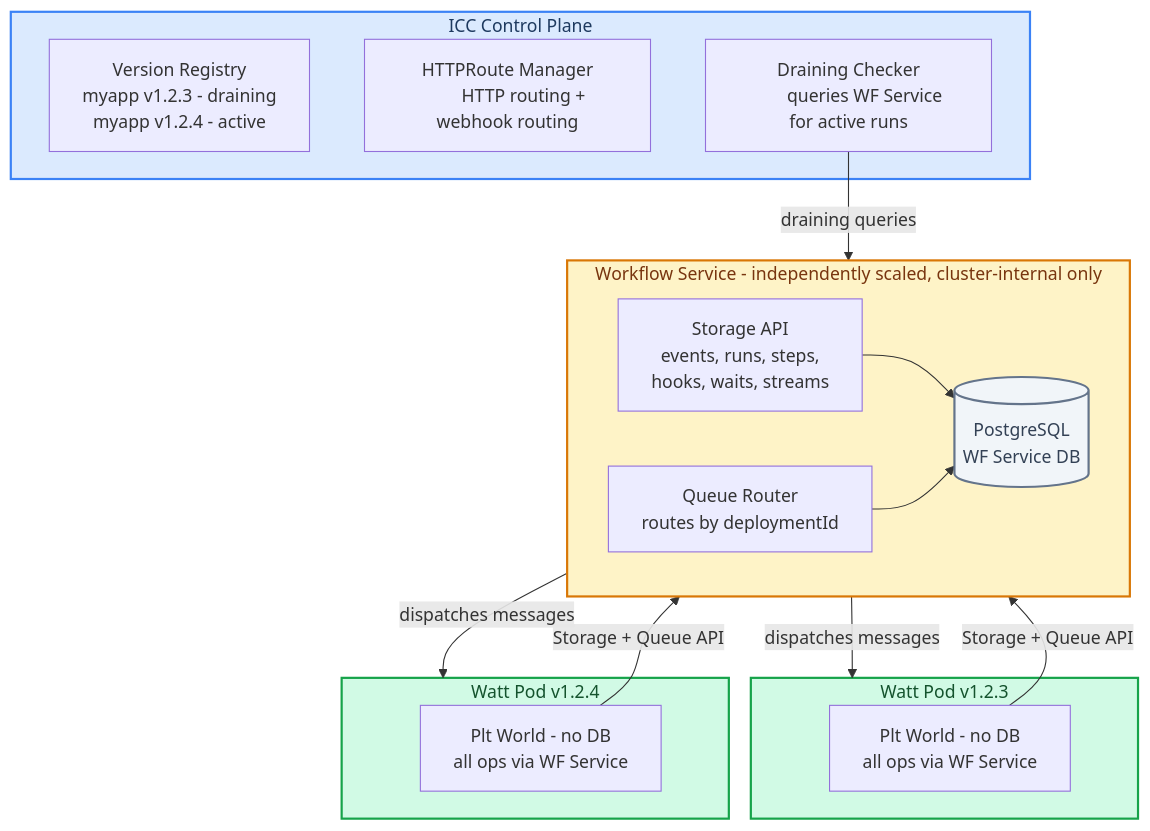
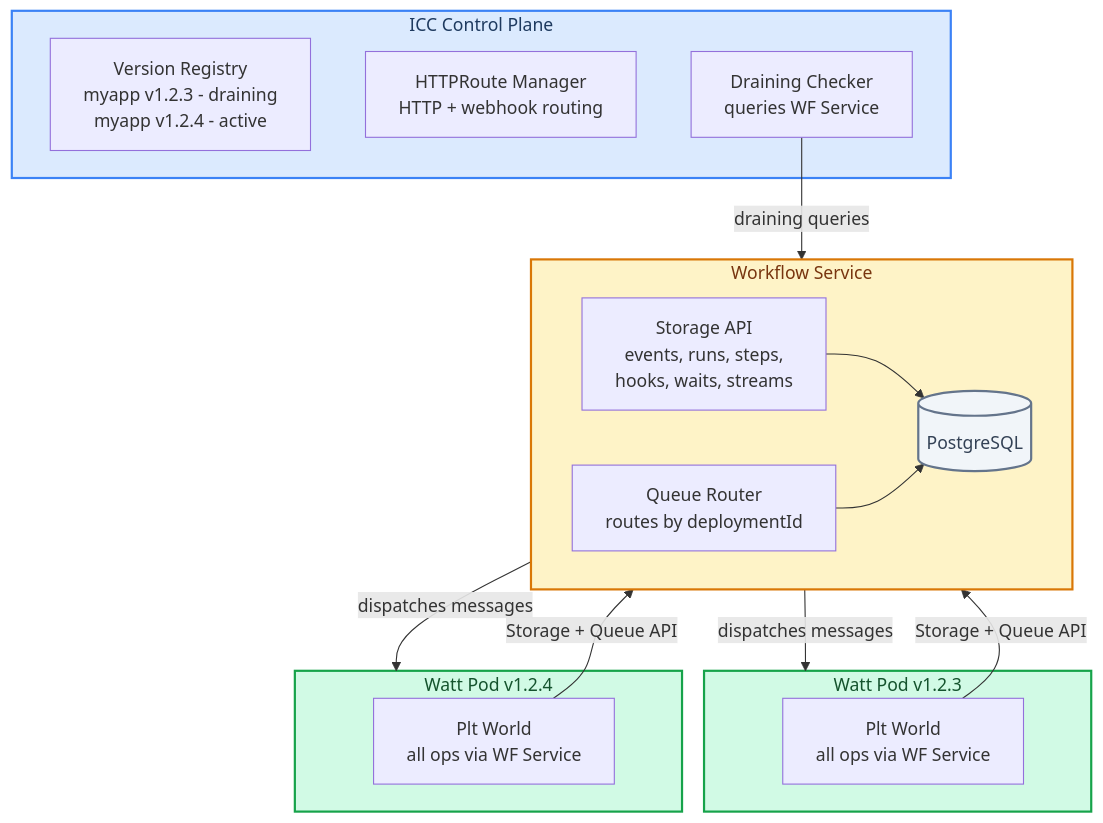
Before and after one commit to platformatic/platformatic-world: the first of 5 diagrams in PLATFORMATIC-WORLD-DESIGN.md, drawn with Mermaid.

Commit message:
Workflow final design - fixup

````diff
--- a/PLATFORMATIC-WORLD-DESIGN.md
+++ b/PLATFORMATIC-WORLD-DESIGN.md
@@ -79,46 +79,46 @@
 ```mermaid
 graph TB
     subgraph ICC["ICC Control Plane"]
         VR["Version Registry
         myapp v1.2.3 - draining
         myapp v1.2.4 - active"]
         HR["HTTPRoute Manager
-        HTTP routing + webhook routing"]
+        HTTP + webhook routing"]
         DC["Draining Checker
-        queries WF Service for active runs"]
+        queries WF Service"]
     end
 
-    subgraph WFS["Workflow Service - independently scaled, cluster-internal only"]
+    subgraph WFS["Workflow Service"]
+        direction LR
         SA["Storage API
         events, runs, steps,
         hooks, waits, streams"]
         QR["Queue Router
         routes by deploymentId"]
-        PG[("PostgreSQL
-        WF Service DB")]
+        PG[("PostgreSQL")]
         SA --> PG
         QR --> PG
     end
 
     subgraph Pod1["Watt Pod v1.2.3"]
-        PW1["Plt World - no DB
+        PW1["Plt World
         all ops via WF Service"]
     end
 
     subgraph Pod2["Watt Pod v1.2.4"]
-        PW2["Plt World - no DB
+        PW2["Plt World
         all ops via WF Service"]
     end
 
     DC -->|"draining queries"| WFS
     PW1 -->|"Storage + Queue API"| WFS
     PW2 -->|"Storage + Queue API"| WFS
     WFS -->|"dispatches messages"| Pod1
     WFS -->|"dispatches messages"| Pod2
 
     style ICC fill:#dbeafe,stroke:#3b82f6,stroke-width:2px,color:#1e3a5f
     style WFS fill:#fef3c7,stroke:#d97706,stroke-width:2px,color:#78350f
     style Pod1 fill:#d1fae5,stroke:#16a34a,stroke-width:2px,color:#14532d
     style Pod2 fill:#d1fae5,stroke:#16a34a,stroke-width:2px,color:#14532d
     style PG fill:#f1f5f9,stroke:#64748b,stroke-width:2px,color:#334155
 ```
````
